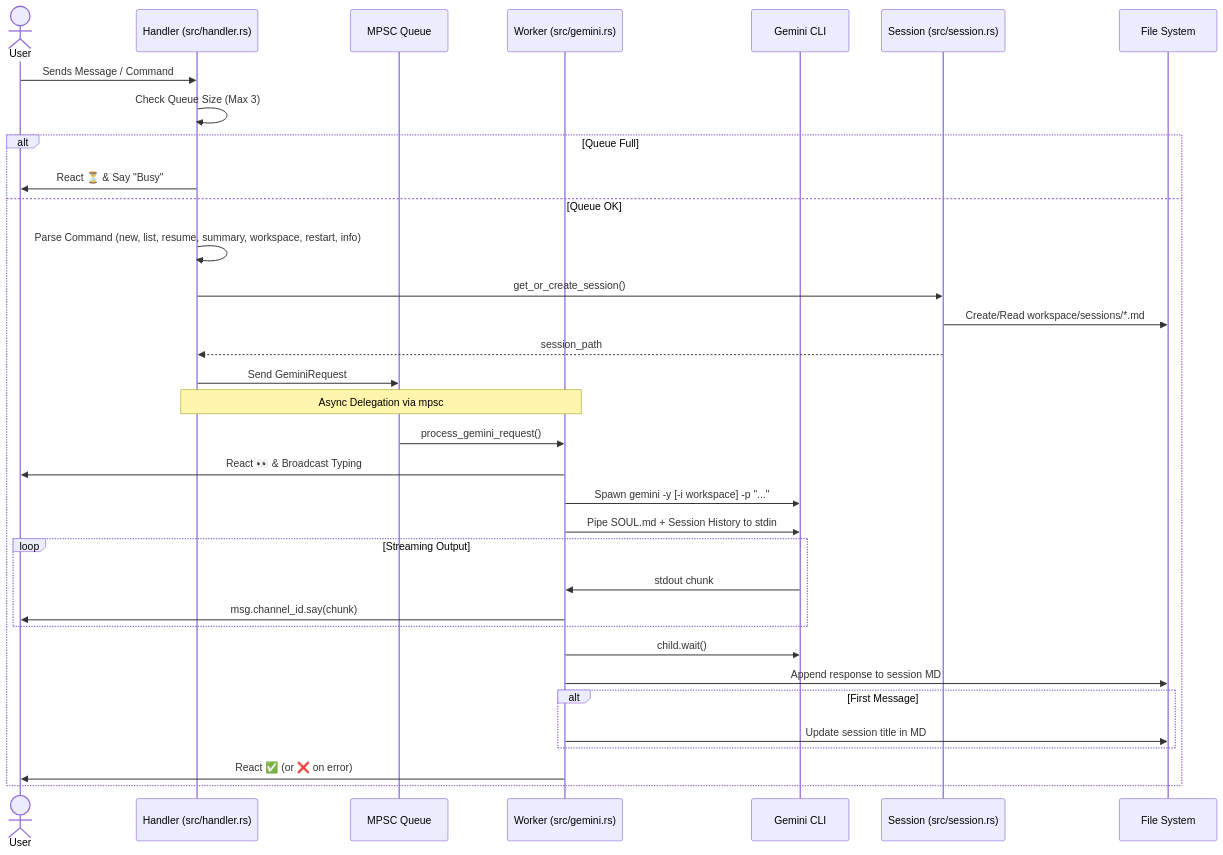
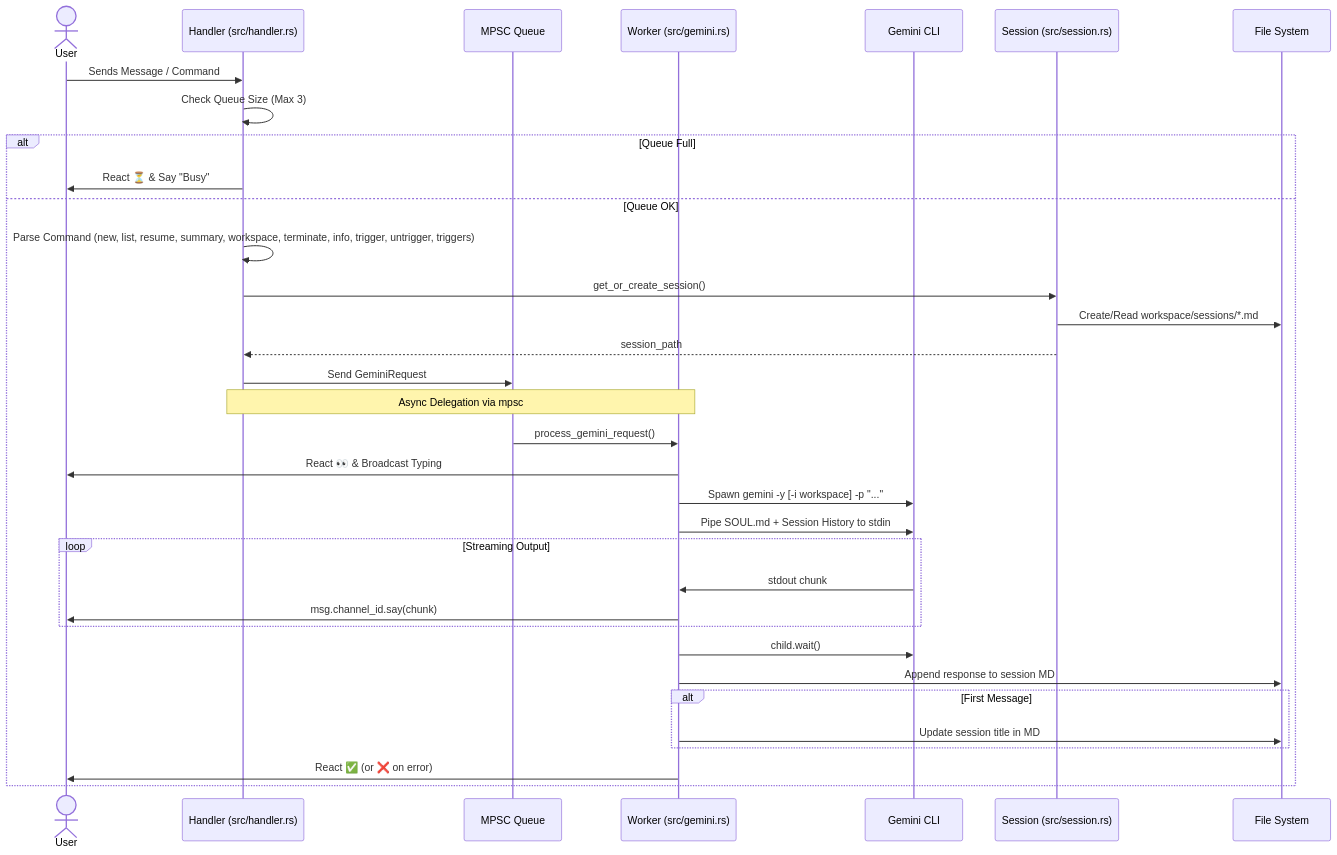
The second of 2 diagrams in docs/architecture.md (canejune/DiscordBot), drawn with Mermaid before and after one commit. The commit also changed other lines of this file and 6 other files, not shown here.

````diff
--- a/docs/architecture.md
+++ b/docs/architecture.md
@@ -24,37 +24,37 @@
 ```mermaid
 sequenceDiagram
     actor User
     participant H as Handler (src/handler.rs)
     participant Q as MPSC Queue
     participant W as Worker (src/gemini.rs)
     participant G as Gemini CLI
     participant S as Session (src/session.rs)
     participant FS as File System
 
     User->>H: Sends Message / Command
     H->>H: Check Queue Size (Max 3)
     alt Queue Full
         H->>User: React ⏳ & Say "Busy"
     else Queue OK
-        H->>H: Parse Command (new, list, resume, summary, workspace, restart, info)
+        H->>H: Parse Command (new, list, resume, summary, workspace, terminate, info, trigger, untrigger, triggers)
         H->>S: get_or_create_session()
         S->>FS: Create/Read workspace/sessions/*.md
         S-->>H: session_path
         H->>Q: Send GeminiRequest
         Note over H,W: Async Delegation via mpsc
         Q->>W: process_gemini_request()
         W->>User: React 👀 & Broadcast Typing
         W->>G: Spawn gemini -y [-i workspace] -p "..."
         W->>G: Pipe SOUL.md + Session History to stdin
         loop Streaming Output
             G->>W: stdout chunk
             W->>User: msg.channel_id.say(chunk)
         end
         W->>G: child.wait()
         W->>FS: Append response to session MD
         alt First Message
             W->>FS: Update session title in MD
         end
         W->>User: React ✅ (or ❌ on error)
     end
 ```
````
